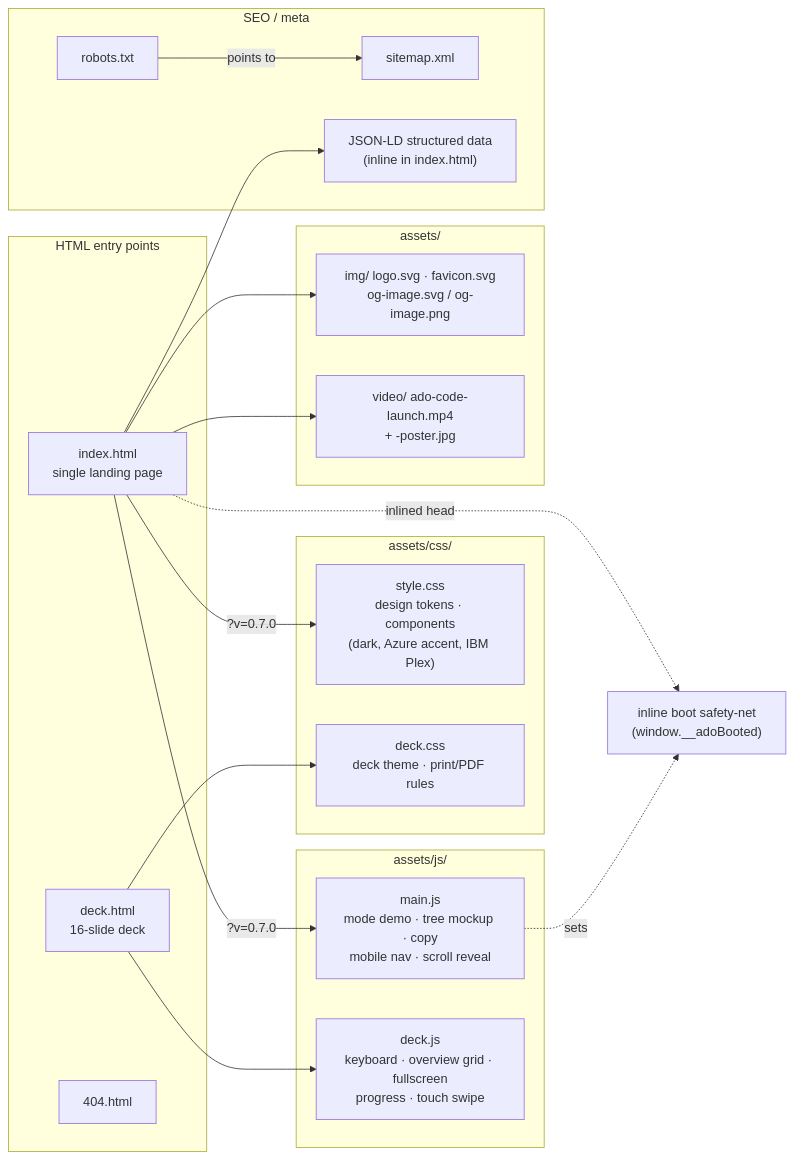
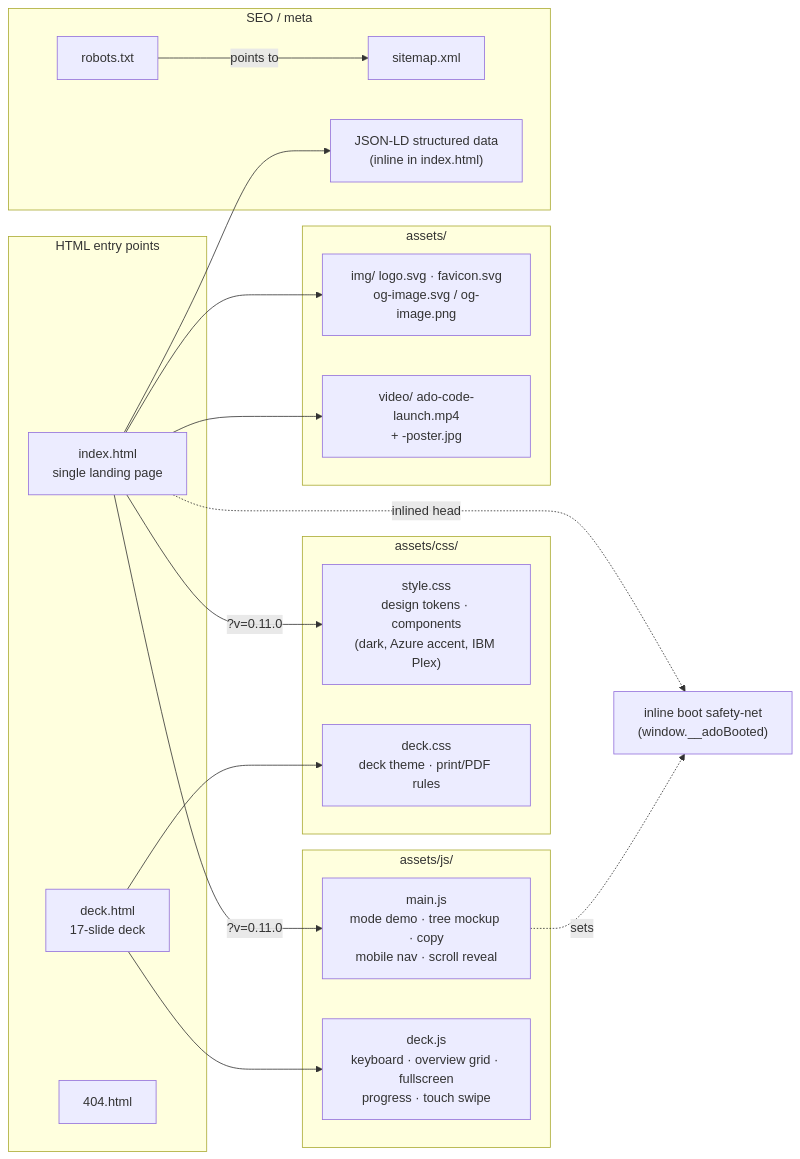
Before and after one commit to steelburn/ado-web: the second of 4 diagrams in docs/architecture.md, drawn with Mermaid. The commit also changed other lines of this file and 5 other files, not shown here.

First line of the commit message:
fix(docs): re-point the architecture diagram's asset edges at SITE_VERSION

````diff
--- a/docs/architecture.md
+++ b/docs/architecture.md
@@ -79,42 +79,42 @@
 ```mermaid
 flowchart LR
     subgraph Pages["HTML entry points"]
         IDX["index.html<br/>single landing page"]
-        DECK["deck.html<br/>16-slide deck"]
+        DECK["deck.html<br/>17-slide deck"]
         E404["404.html"]
     end
 
     subgraph CSS["assets/css/"]
         STY["style.css<br/>design tokens · components<br/>(dark, Azure accent, IBM Plex)"]
         DCSS["deck.css<br/>deck theme · print/PDF rules"]
     end
 
     subgraph JS["assets/js/"]
         MAIN["main.js<br/>mode demo · tree mockup · copy<br/>mobile nav · scroll reveal"]
         DJS["deck.js<br/>keyboard · overview grid · fullscreen<br/>progress · touch swipe"]
     end
 
     subgraph Media["assets/"]
         IMG["img/ logo.svg · favicon.svg<br/>og-image.svg / og-image.png"]
         VID["video/ ado-code-launch.mp4<br/>+ -poster.jpg"]
     end
 
     subgraph SEO["SEO / meta"]
         SM["sitemap.xml"]
         RB["robots.txt"]
         LD["JSON-LD structured data<br/>(inline in index.html)"]
     end
 
-    IDX -->|"?v=0.7.0"| STY
-    IDX -->|"?v=0.7.0"| MAIN
+    IDX -->|"?v=0.11.0"| STY
+    IDX -->|"?v=0.11.0"| MAIN
     IDX --> IMG
     IDX --> VID
     IDX --> LD
     DECK --> DCSS
     DECK --> DJS
 
     IDX -.->|inlined head| BOOT["inline boot safety-net<br/>(window.__adoBooted)"]
     MAIN -.->|sets| BOOT
 
     RB -->|points to| SM
 ```
````
